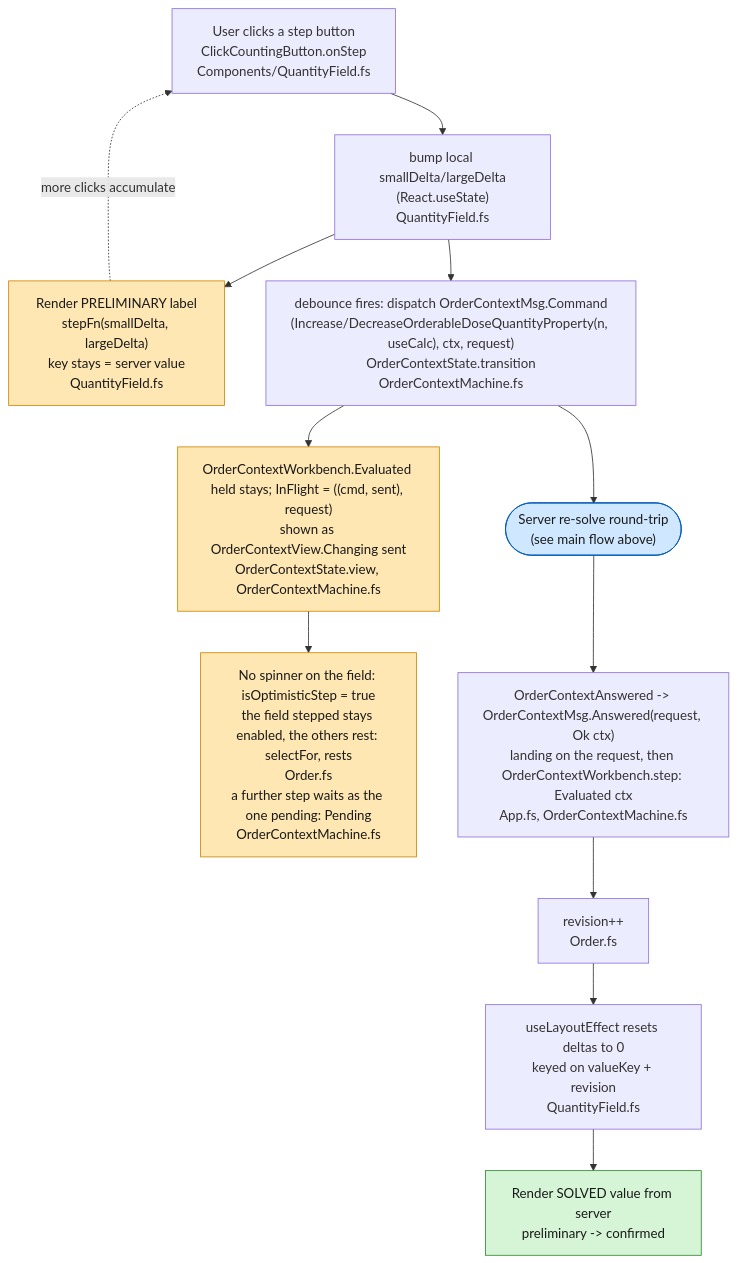
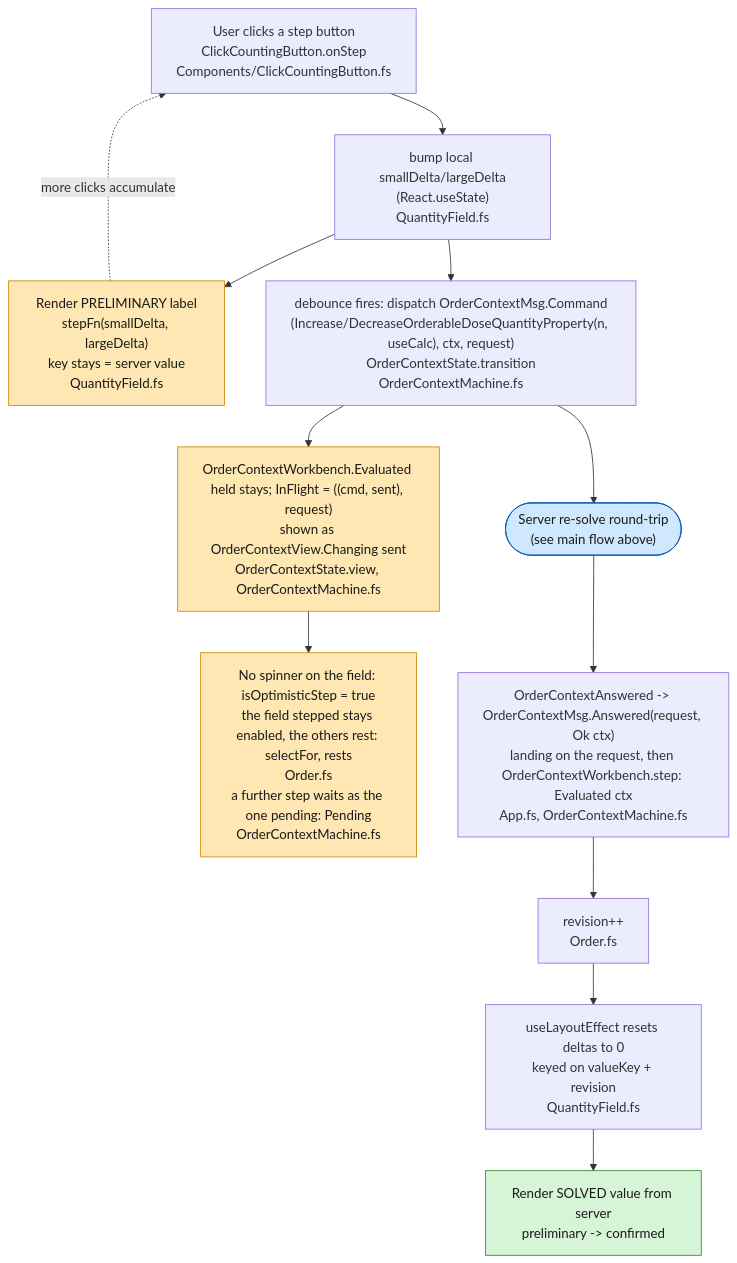
The second of 2 diagrams in docs/domain/dose-quantity-stepping-flow.md (informedica/GenPRES), drawn with Mermaid before and after one commit. The commit also changed other lines of this file and 1 other file, not shown here.

First line of the commit message:
docs: place the mark and the click counting right

````diff
--- a/docs/domain/dose-quantity-stepping-flow.md
+++ b/docs/domain/dose-quantity-stepping-flow.md
@@ -62,28 +62,28 @@
 ```mermaid
 flowchart TD
-    CLICK["User clicks a step button<br/>ClickCountingButton.onStep<br/>Components/QuantityField.fs"]
+    CLICK["User clicks a step button<br/>ClickCountingButton.onStep<br/>Components/ClickCountingButton.fs"]
     DELTA["bump local smallDelta/largeDelta<br/>(React.useState)<br/>QuantityField.fs"]
     PRELIM["Render PRELIMINARY label<br/>stepFn(smallDelta, largeDelta)<br/>key stays = server value<br/>QuantityField.fs"]
     DISPATCH["debounce fires: dispatch OrderContextMsg.Command<br/>(Increase/DecreaseOrderableDoseQuantityProperty(n, useCalc), ctx, request)<br/>OrderContextState.transition<br/>OrderContextMachine.fs"]
 
     REC["OrderContextWorkbench.Evaluated held stays; InFlight = ((cmd, sent), request)<br/>shown as OrderContextView.Changing sent<br/>OrderContextState.view, OrderContextMachine.fs"]
     KEEP["No spinner on the field: isOptimisticStep = true<br/>the field stepped stays enabled, the others rest: selectFor, rests<br/>Order.fs<br/>a further step waits as the one pending: Pending<br/>OrderContextMachine.fs"]
 
     SERVER(["Server re-solve round-trip<br/>(see main flow above)"])
 
     DONE["OrderContextAnswered -> OrderContextMsg.Answered(request, Ok ctx)<br/>landing on the request, then OrderContextWorkbench.step: Evaluated ctx<br/>App.fs, OrderContextMachine.fs"]
     BUMP["revision++<br/>Order.fs"]
     RESET["useLayoutEffect resets deltas to 0<br/>keyed on valueKey + revision<br/>QuantityField.fs"]
     FINAL["Render SOLVED value from server<br/>preliminary -> confirmed"]
 
     CLICK --> DELTA --> PRELIM
     DELTA --> DISPATCH --> REC --> KEEP
     PRELIM -. "more clicks accumulate" .-> CLICK
     DISPATCH --> SERVER --> DONE --> BUMP --> RESET --> FINAL
 
     style PRELIM fill:#ffe7b3,stroke:#cc8800,color:#1a1a1a
     style REC fill:#ffe7b3,stroke:#cc8800,color:#1a1a1a
     style KEEP fill:#ffe7b3,stroke:#cc8800,color:#1a1a1a
     style FINAL fill:#d6f5d6,stroke:#2e8b2e,color:#1a1a1a
     style SERVER fill:#cfe8ff,stroke:#005bbb,color:#1a1a1a
 ```
````
